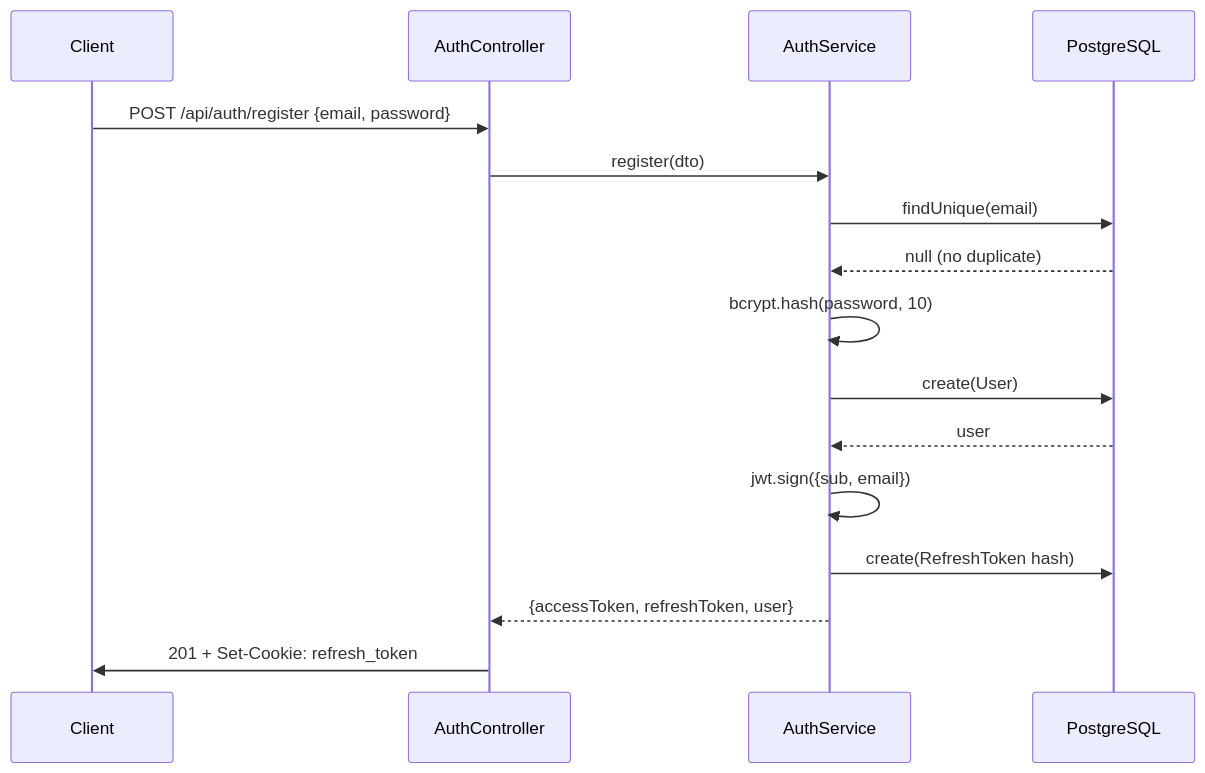
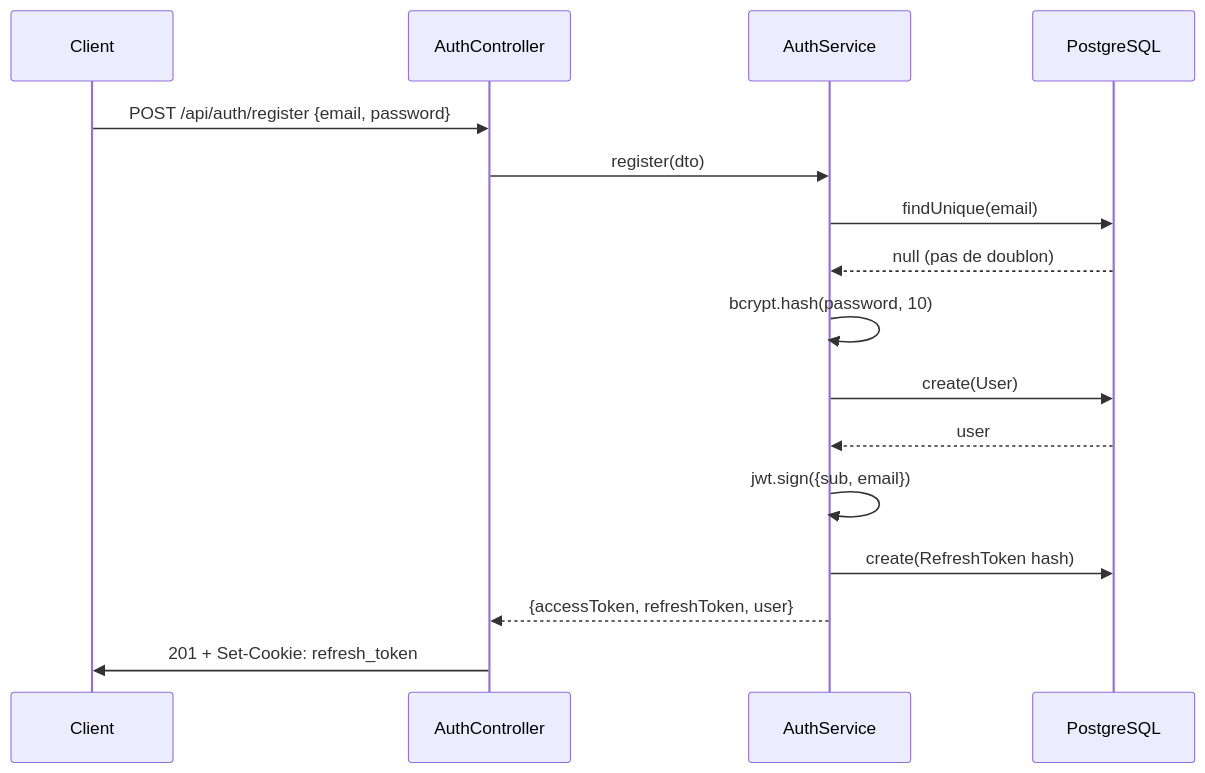
The first of 2 diagrams in docs/backend/05-auth.md (OC-Expert-DevOps/P3-OC-software-development-management), drawn with Mermaid before and after one commit. The commit also changed other lines of this file and 21 other files, not shown here.

````diff
--- a/docs/backend/05-auth.md
+++ b/docs/backend/05-auth.md
@@ -55,19 +55,19 @@
 ```mermaid
 sequenceDiagram
     participant C as Client
     participant A as AuthController
     participant S as AuthService
     participant DB as PostgreSQL
 
     C->>A: POST /api/auth/register {email, password}
     A->>S: register(dto)
     S->>DB: findUnique(email)
-    DB-->>S: null (no duplicate)
+    DB-->>S: null (pas de doublon)
     S->>S: bcrypt.hash(password, 10)
     S->>DB: create(User)
     DB-->>S: user
     S->>S: jwt.sign({sub, email})
     S->>DB: create(RefreshToken hash)
     S-->>A: {accessToken, refreshToken, user}
     A->>C: 201 + Set-Cookie: refresh_token
 ```
````
